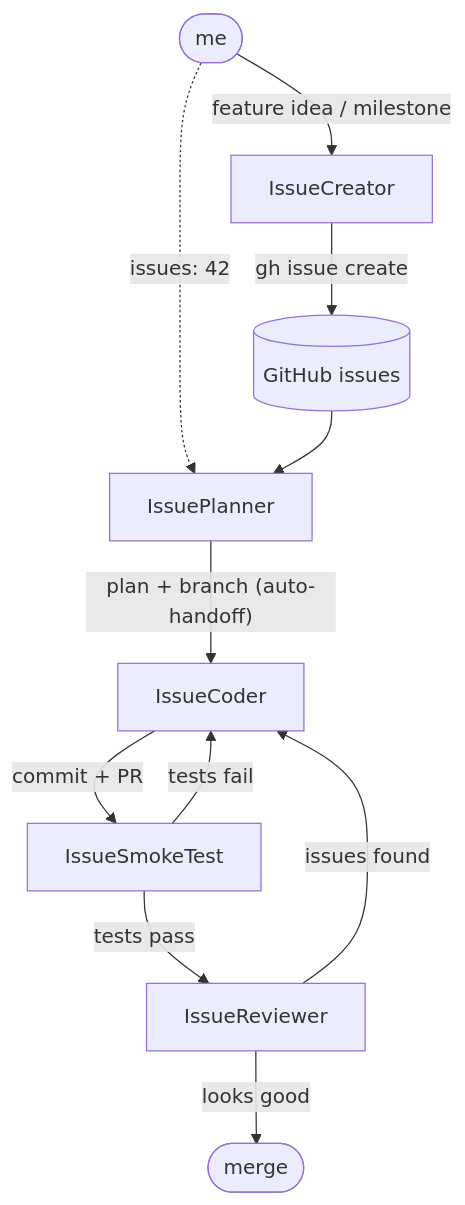
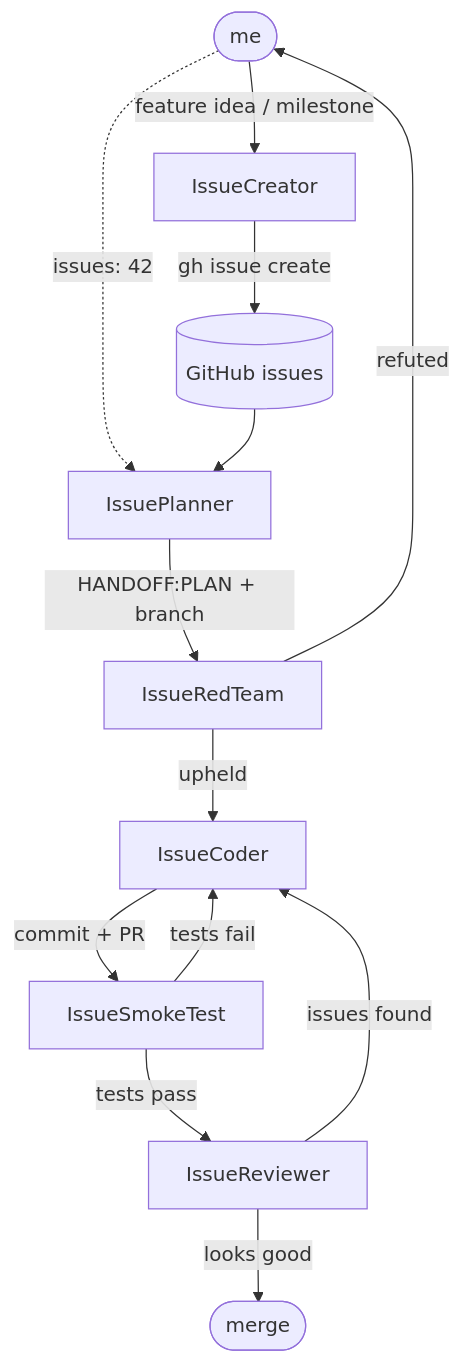
The first of 2 diagrams in README.md (crzptn/bastion), drawn with Mermaid before and after one commit. The commit also changed other lines of this file and 21 other files, not shown here.

First line of the commit message:
feat(pipeline): typed handoffs, red-team, circuit breaker, observability

````diff
--- a/README.md
+++ b/README.md
@@ -21,16 +21,18 @@
 ```mermaid
 flowchart TD
     User([me]) -->|"feature idea / milestone"| Creator[IssueCreator]
     Creator -->|"gh issue create"| GH[(GitHub issues)]
 
     User -.->|"issues: 42"| Planner[IssuePlanner]
     GH --> Planner
-    Planner -->|"plan + branch (auto-handoff)"| Coder[IssueCoder]
+    Planner -->|"HANDOFF:PLAN + branch"| RedTeam[IssueRedTeam]
+    RedTeam -- refuted --> User
+    RedTeam -- upheld --> Coder[IssueCoder]
 
     Coder -->|"commit + PR"| Smoke[IssueSmokeTest]
     Smoke -- tests fail --> Coder
     Smoke -- tests pass --> Reviewer[IssueReviewer]
 
     Reviewer -- issues found --> Coder
     Reviewer -- looks good --> Done([merge])
 ```
````
